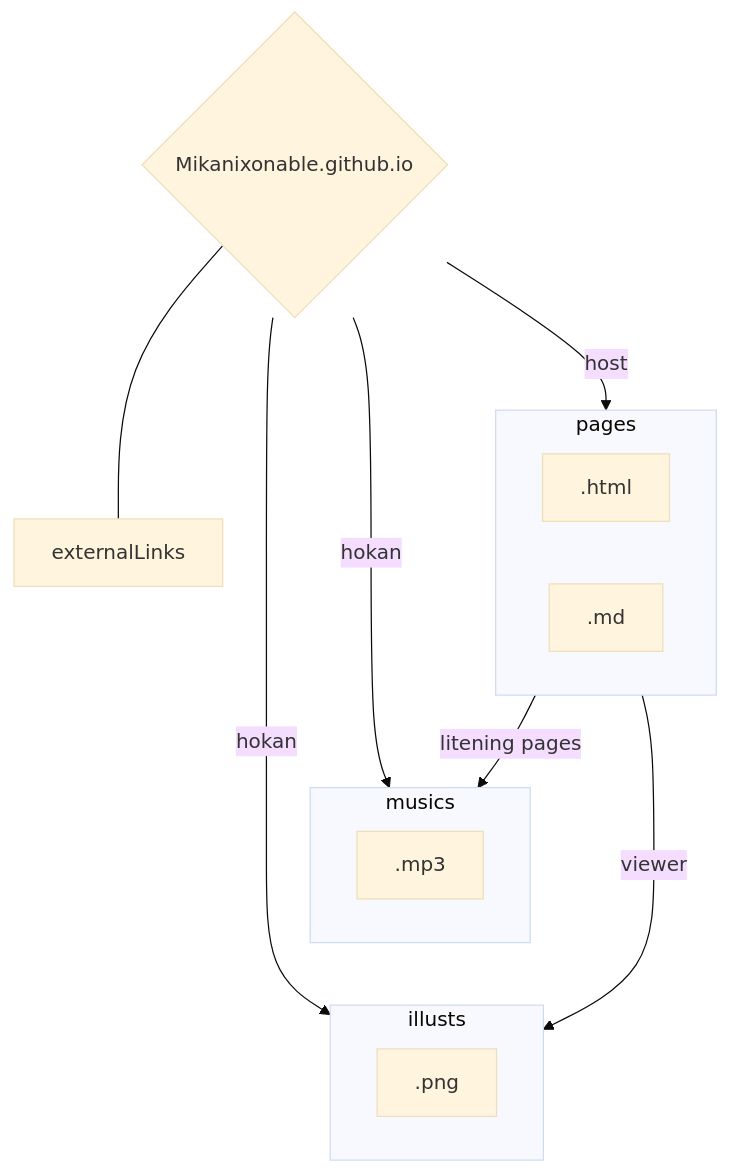
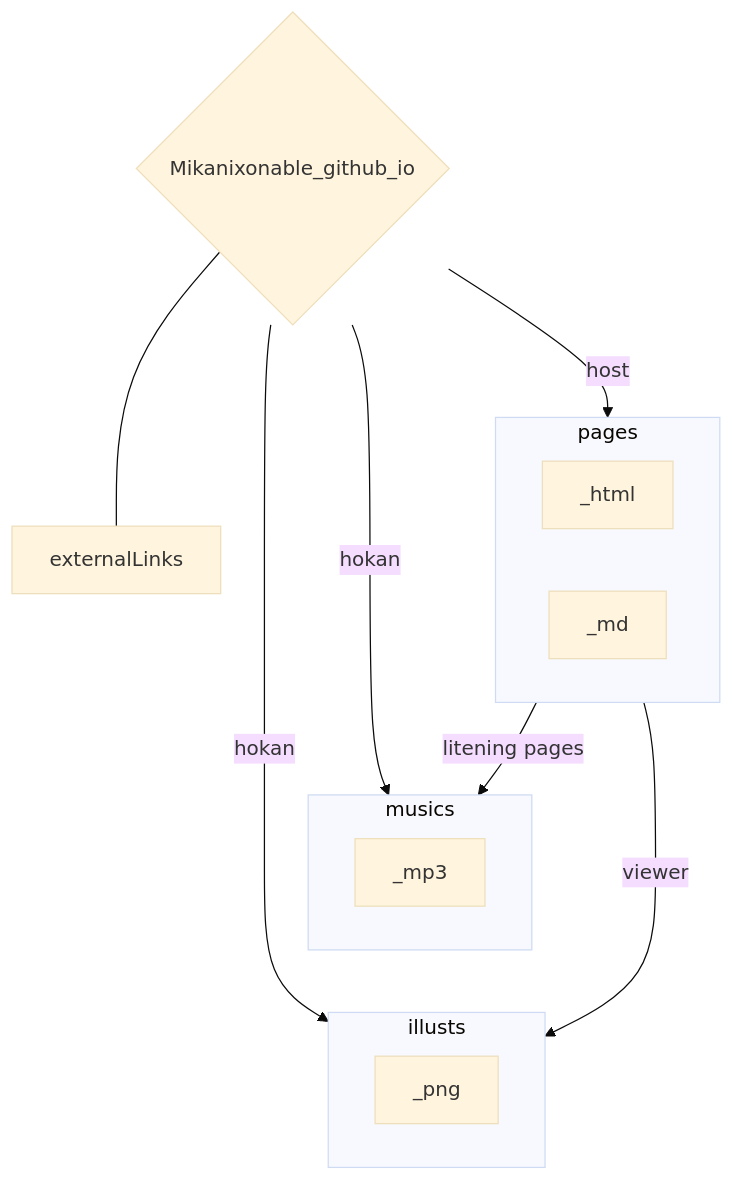
Before and after one commit to Mikanixonable/Mikanixonable.github.io: the second of 2 diagrams in 37.md, drawn with Mermaid (base theme). The commit also changed other lines of this file, not shown here.

```diff
--- a/37.md
+++ b/37.md
@@ -52,25 +26,23 @@
 ~~~mermaid
 graph TD;
-
-A{Mikanixonable.github.io}
+A{Mikanixonable_github_io}
 A ---->|hokan| illusts
 A -->|hokan| musics
 A -->|host| pages
 A --- externalLinks
 
 subgraph pages
-.html
-.md
+_html
+_md
 end
 
 subgraph musics
-.mp3
+_mp3
 end
 
 subgraph illusts
-.png
+_png
 end
-
 pages -->|litening pages| musics
 pages -->|viewer| illusts
 ~~~
```
